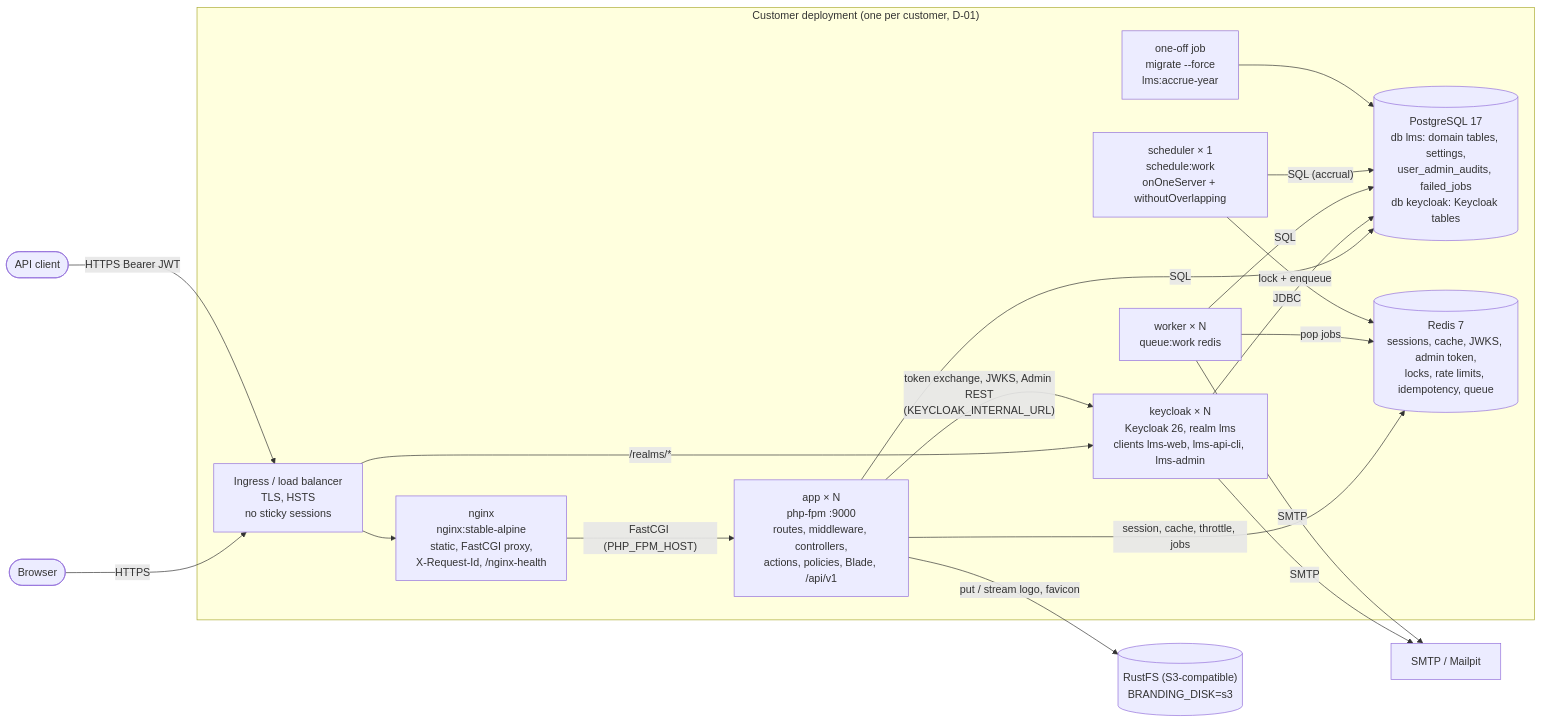
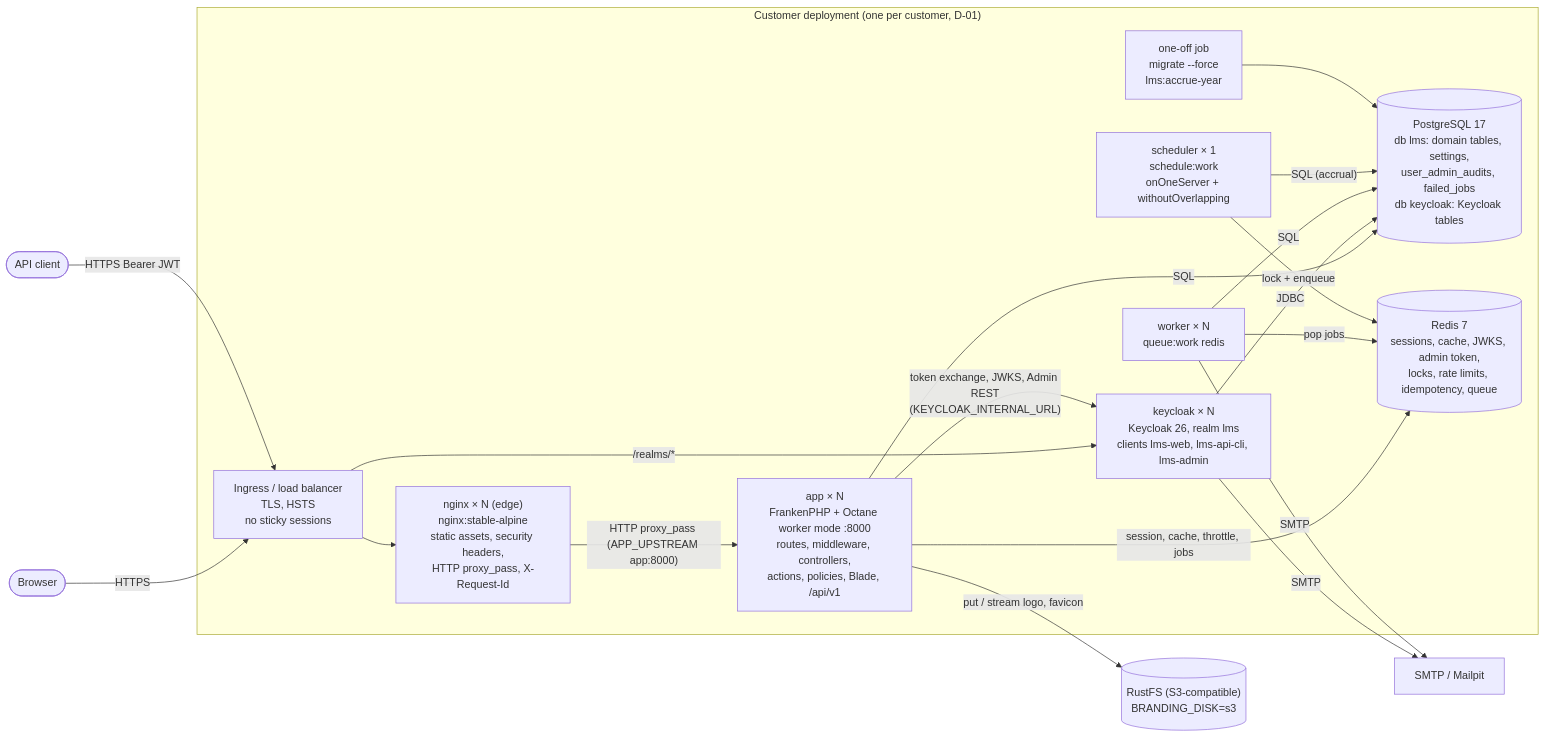
Before and after one commit to heyadityak/lms: the second of 4 diagrams in docs/diagrams/01-system-design.md, drawn with Mermaid. The commit also changed other lines of this file and 46 other files, not shown here.

First line of the commit message:
docs: finalize design, API contract, diagrams; add wiki sync

````diff
--- a/docs/diagrams/01-system-design.md
+++ b/docs/diagrams/01-system-design.md
@@ -46,36 +46,36 @@
 ```mermaid
 flowchart LR
     browser([Browser]) -->|HTTPS| lb
     client([API client]) -->|HTTPS Bearer JWT| lb
 
     subgraph dep["Customer deployment (one per customer, D-01)"]
         lb["Ingress / load balancer<br/>TLS, HSTS<br/>no sticky sessions"]
-        nginx["nginx<br/>nginx:stable-alpine<br/>static, FastCGI proxy,<br/>X-Request-Id, /nginx-health"]
-        app["app × N<br/>php-fpm :9000<br/>routes, middleware, controllers,<br/>actions, policies, Blade, /api/v1"]
+        nginx["nginx × N (edge)<br/>nginx:stable-alpine<br/>static assets, security headers,<br/>HTTP proxy_pass, X-Request-Id"]
+        app["app × N<br/>FrankenPHP + Octane worker mode :8000<br/>routes, middleware, controllers,<br/>actions, policies, Blade, /api/v1"]
         worker["worker × N<br/>queue:work redis"]
         sched["scheduler × 1<br/>schedule:work<br/>onOneServer + withoutOverlapping"]
         oneoff["one-off job<br/>migrate --force<br/>lms:accrue-year"]
         kc["keycloak × N<br/>Keycloak 26, realm lms<br/>clients lms-web, lms-api-cli, lms-admin"]
         pg[("PostgreSQL 17<br/>db lms: domain tables, settings,<br/>user_admin_audits, failed_jobs<br/>db keycloak: Keycloak tables")]
         redis[("Redis 7<br/>sessions, cache, JWKS, admin token,<br/>locks, rate limits, idempotency, queue")]
     end
 
     s3[("RustFS (S3-compatible)<br/>BRANDING_DISK=s3")]
     smtp["SMTP / Mailpit"]
 
     lb --> nginx
     lb -->|/realms/*| kc
-    nginx -->|"FastCGI (PHP_FPM_HOST)"| app
+    nginx -->|"HTTP proxy_pass (APP_UPSTREAM app:8000)"| app
     app -->|SQL| pg
     app -->|"session, cache, throttle, jobs"| redis
     app -->|"put / stream logo, favicon"| s3
     app -->|"token exchange, JWKS, Admin REST<br/>(KEYCLOAK_INTERNAL_URL)"| kc
     kc -->|JDBC| pg
     kc -->|SMTP| smtp
     worker -->|pop jobs| redis
     worker -->|SQL| pg
     worker -->|SMTP| smtp
     sched -->|"lock + enqueue"| redis
     sched -->|"SQL (accrual)"| pg
     oneoff --> pg
 ```
````
